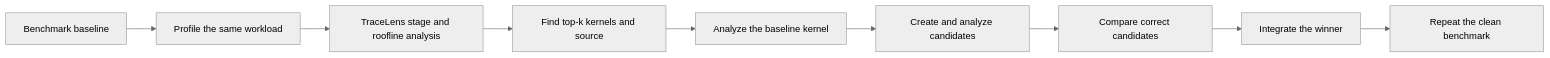
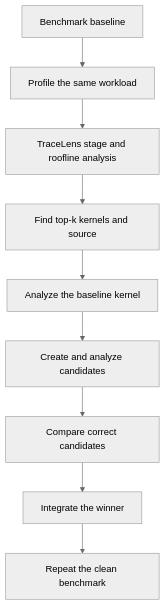
One commit to amd/skills changed the diagram in walkthroughs/magpie-kernel-evaluator.md. Above: the diagram before and after it, drawn with Mermaid (neutral theme). The commit also changed other lines of this file and 6 other files, not shown here.

Commit message:
docs: fix stale single-sourced content, render Mermaid, use shared requirements (#341)

````diff
--- a/walkthroughs/magpie-kernel-evaluator.md
+++ b/walkthroughs/magpie-kernel-evaluator.md
@@ -6,11 +6,11 @@
 ```mermaid
-flowchart LR
+flowchart TD
     A["Benchmark baseline"] --> B["Profile the same workload"]
     B --> C["TraceLens stage and roofline analysis"]
     C --> D["Find top-k kernels and source"]
     D --> E["Analyze the baseline kernel"]
     E --> F["Create and analyze candidates"]
     F --> G["Compare correct candidates"]
     G --> H["Integrate the winner"]
     H --> I["Repeat the clean benchmark"]
 ```
````
